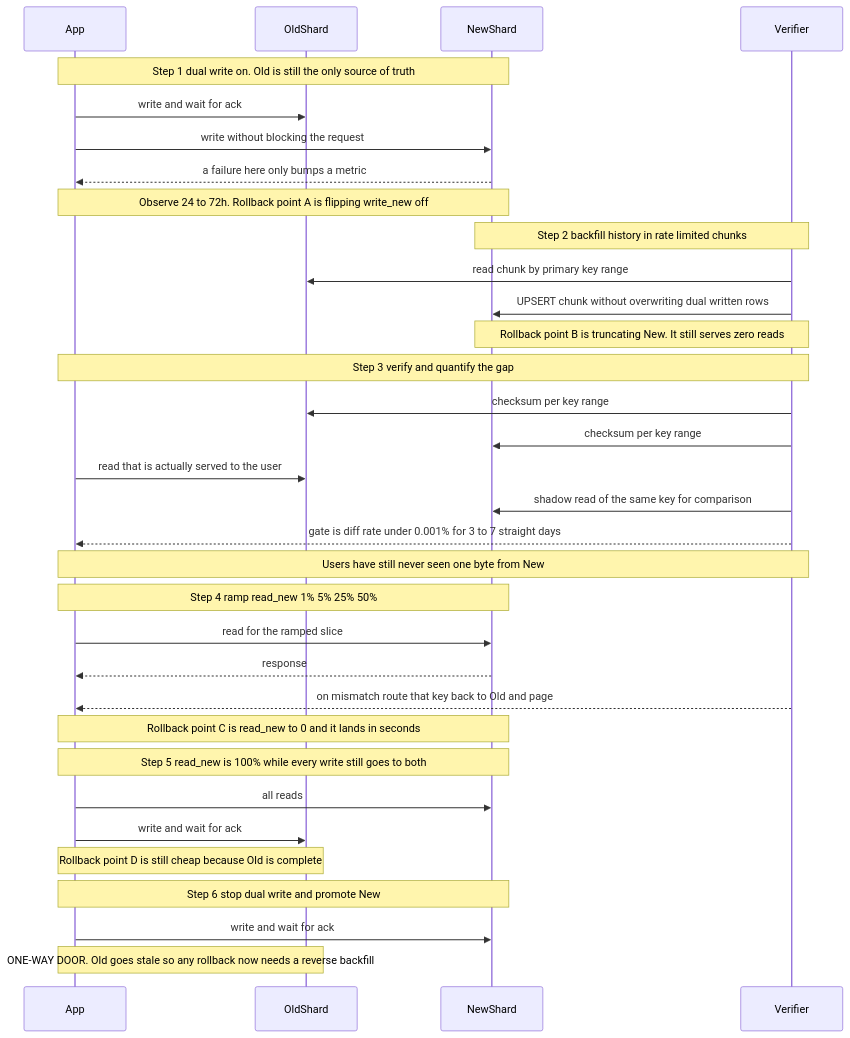
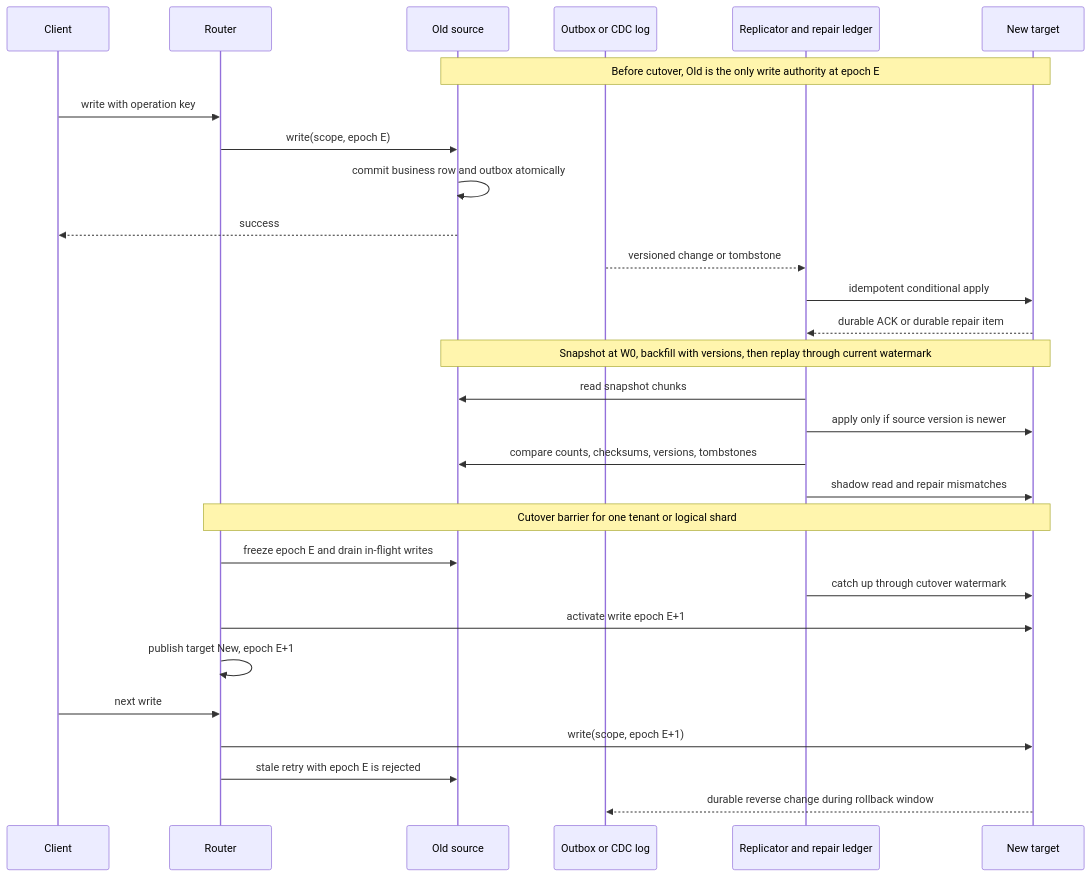
The diagram in 05-reliability/05-scaling-playbook.md (wuwangzhang1216/system-design-handbook), drawn with Mermaid before and after one commit. The commit also changed other lines of this file and 74 other files, not shown here.

````diff
--- a/05-reliability/05-scaling-playbook.md
+++ b/05-reliability/05-scaling-playbook.md
@@ -289,41 +247,34 @@
 ```mermaid
 sequenceDiagram
-    participant App as App
-    participant Old as OldShard
-    participant New as NewShard
-    participant Ver as Verifier
+    participant C as Client
+    participant R as Router
+    participant O as Old source
+    participant L as Outbox or CDC log
+    participant P as Replicator and repair ledger
+    participant N as New target
 
-    Note over App,New: Step 1 dual write on. Old is still the only source of truth
-    App->>Old: write and wait for ack
-    App->>New: write without blocking the request
-    New-->>App: a failure here only bumps a metric
-    Note over App,New: Observe 24 to 72h. Rollback point A is flipping write_new off
+    Note over O,N: Before cutover, Old is the only write authority at epoch E
+    C->>R: write with operation key
+    R->>O: write(scope, epoch E)
+    O->>O: commit business row and outbox atomically
+    O-->>C: success
+    L-->>P: versioned change or tombstone
+    P->>N: idempotent conditional apply
+    N-->>P: durable ACK or durable repair item
 
-    Note over Ver,New: Step 2 backfill history in rate limited chunks
-    Ver->>Old: read chunk by primary key range
-    Ver->>New: UPSERT chunk without overwriting dual written rows
-    Note over Ver,New: Rollback point B is truncating New. It still serves zero reads
+    Note over O,N: Snapshot at W0, backfill with versions, then replay through current watermark
+    P->>O: read snapshot chunks
+    P->>N: apply only if source version is newer
+    P->>O: compare counts, checksums, versions, tombstones
+    P->>N: shadow read and repair mismatches
 
-    Note over App,Ver: Step 3 verify and quantify the gap
-    Ver->>Old: checksum per key range
-    Ver->>New: checksum per key range
-    App->>Old: read that is actually served to the user
-    Ver->>New: shadow read of the same key for comparison
-    Ver-->>App: gate is diff rate under 0.001% for 3 to 7 straight days
-    Note over App,Ver: Users have still never seen one byte from New
-
-    Note over App,New: Step 4 ramp read_new 1% 5% 25% 50%
-    App->>New: read for the ramped slice
-    New-->>App: response
-    Ver-->>App: on mismatch route that key back to Old and page
-    Note over App,New: Rollback point C is read_new to 0 and it lands in seconds
-
-    Note over App,New: Step 5 read_new is 100% while every write still goes to both
-    App->>New: all reads
-    App->>Old: write and wait for ack
-    Note over App,Old: Rollback point D is still cheap because Old is complete
-
-    Note over App,New: Step 6 stop dual write and promote New
-    App->>New: write and wait for ack
-    Note over App,Old: ONE-WAY DOOR. Old goes stale so any rollback now needs a reverse backfill
+    Note over R,N: Cutover barrier for one tenant or logical shard
+    R->>O: freeze epoch E and drain in-flight writes
+    P->>N: catch up through cutover watermark
+    R->>N: activate write epoch E+1
+    R->>R: publish target New, epoch E+1
+    C->>R: next write
+    R->>N: write(scope, epoch E+1)
+    R->>O: stale retry with epoch E is rejected
+    N-->>L: durable reverse change during rollback window
 ```
````
